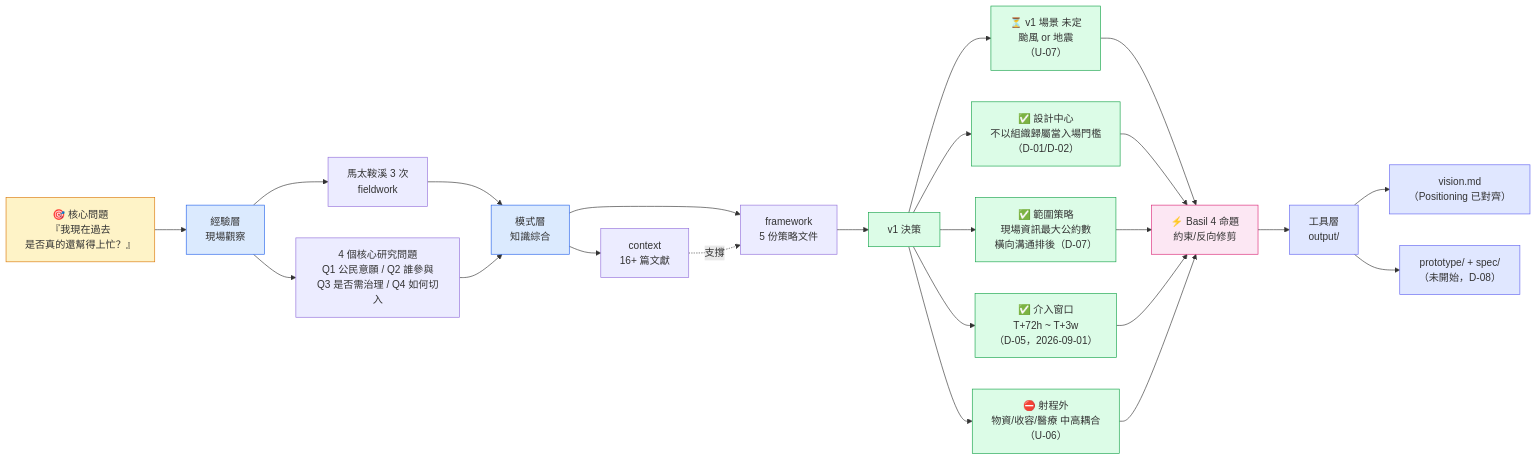
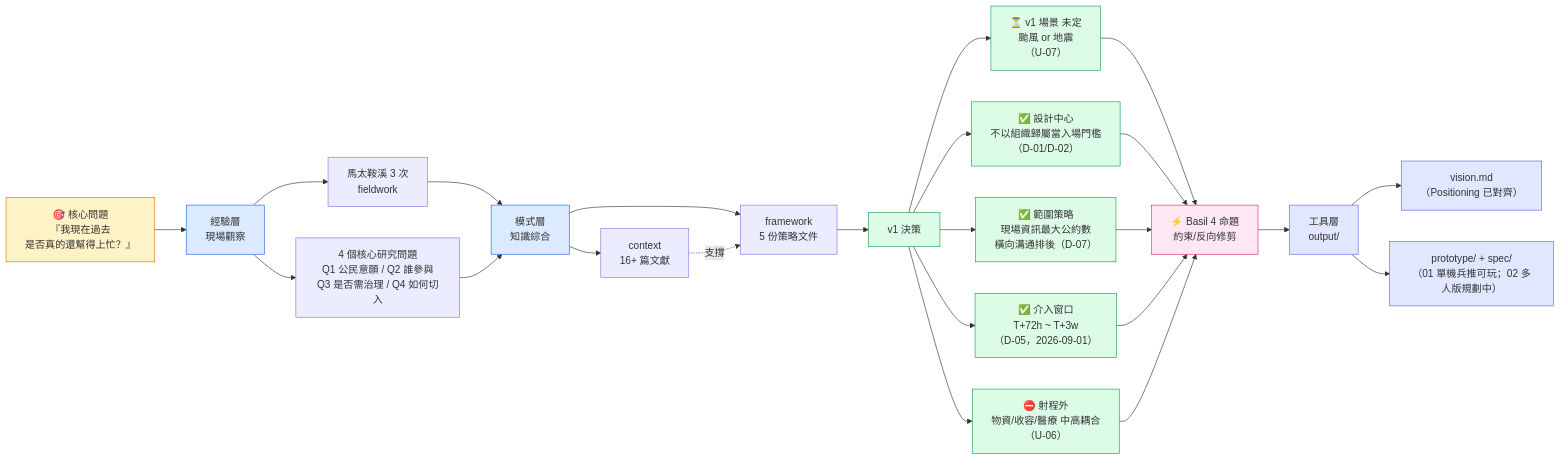
The second of 8 diagrams in ARCHITECTURE.md (BasilHsieh/resq-hub), drawn with Mermaid before and after one commit. The commit also changed other lines of this file and 14 other files, not shown here.

First line of the commit message:
決策｜收工：D-12～D-14、U-14；三層改為讀者分層；ARCHITECTURE 圖 7／8；CLAUDE.md 工作方式；手冊資料夾

````diff
--- a/ARCHITECTURE.md
+++ b/ARCHITECTURE.md
@@ -67,49 +67,49 @@
 ```mermaid
 flowchart LR
     A["🎯 核心問題<br/>『我現在過去<br/>是否真的還幫得上忙？』"]
 
     A --> B["經驗層<br/>現場觀察"]
     B --> B1["馬太鞍溪 3 次<br/>fieldwork"]
     B --> B2["4 個核心研究問題<br/>Q1 公民意願 / Q2 誰參與<br/>Q3 是否需治理 / Q4 如何切入"]
 
     B1 & B2 --> C["模式層<br/>知識綜合"]
     C --> C1["context<br/>16+ 篇文獻"]
     C --> C2["framework<br/>5 份策略文件"]
     C1 -.支撐.-> C2
 
     C2 --> D["v1 決策"]
     D --> D1["⏳ v1 場景 未定<br/>颱風 or 地震<br/>（U-07）"]
     D --> D2["✅ 設計中心<br/>不以組織歸屬當入場門檻<br/>（D-01/D-02）"]
     D --> D3["✅ 範圍策略<br/>現場資訊最大公約數<br/>橫向溝通排後（D-07）"]
     D --> D5["⛔ 射程外<br/>物資/收容/醫療 中高耦合<br/>（U-06）"]
 
     D --> D4["✅ 介入窗口<br/>T+72h ~ T+3w<br/>（D-05，2026-09-01）"]
 
     D1 & D2 & D3 & D4 & D5 --> E["⚡ Basil 4 命題<br/>約束/反向修剪"]
 
     E --> F["工具層<br/>output/"]
     F --> F1["vision.md<br/>（Positioning 已對齊）"]
-    F --> F2["prototype/ + spec/<br/>（未開始，D-08）"]
+    F --> F2["prototype/ + spec/<br/>（01 單機兵推可玩；02 多人版規劃中）"]
 
     classDef anchor fill:#fef3c7,stroke:#d97706
     classDef layer fill:#dbeafe,stroke:#2563eb
     classDef decision fill:#dcfce7,stroke:#16a34a
     classDef constraint fill:#fce7f3,stroke:#db2777
     classDef output fill:#e0e7ff,stroke:#6366f1
     class A anchor
     class B,C layer
     class D,D1,D2,D3,D4,D5 decision
     class E constraint
     class F,F1,F2 output
 
     click B1 "knowledge/fieldwork/馬太鞍溪觀察_basil_2026.md" "開啟馬太鞍溪觀察"
     click B2 "knowledge/fieldwork/馬太鞍溪觀察_basil_2026.md" "開啟馬太鞍溪觀察（含 4 個研究問題）"
     click C2 "knowledge/framework/戰略定位.md" "開啟戰略定位（5 framework 文件的綜合）"
     click D1 "DECISIONS.md" "U-07 v1 場景未定"
     click D2 "knowledge/framework/散兵與組織的門檻辯論.md" "v1 用戶選擇的收斂辯論"
     click D4 "knowledge/framework/介入窗口_時間軸.md" "介入窗口的定義"
     click D3 "DECISIONS.md" "D-07 範圍策略"
     click D5 "DECISIONS.md" "U-06 中高耦合子系統"
     click E "knowledge/fieldwork/馬太鞍溪觀察_basil_2026.md" "Basil 4 命題在馬太鞍溪觀察第五段"
     click F1 "output/vision.md" "開啟 vision.md"
 ```
````
